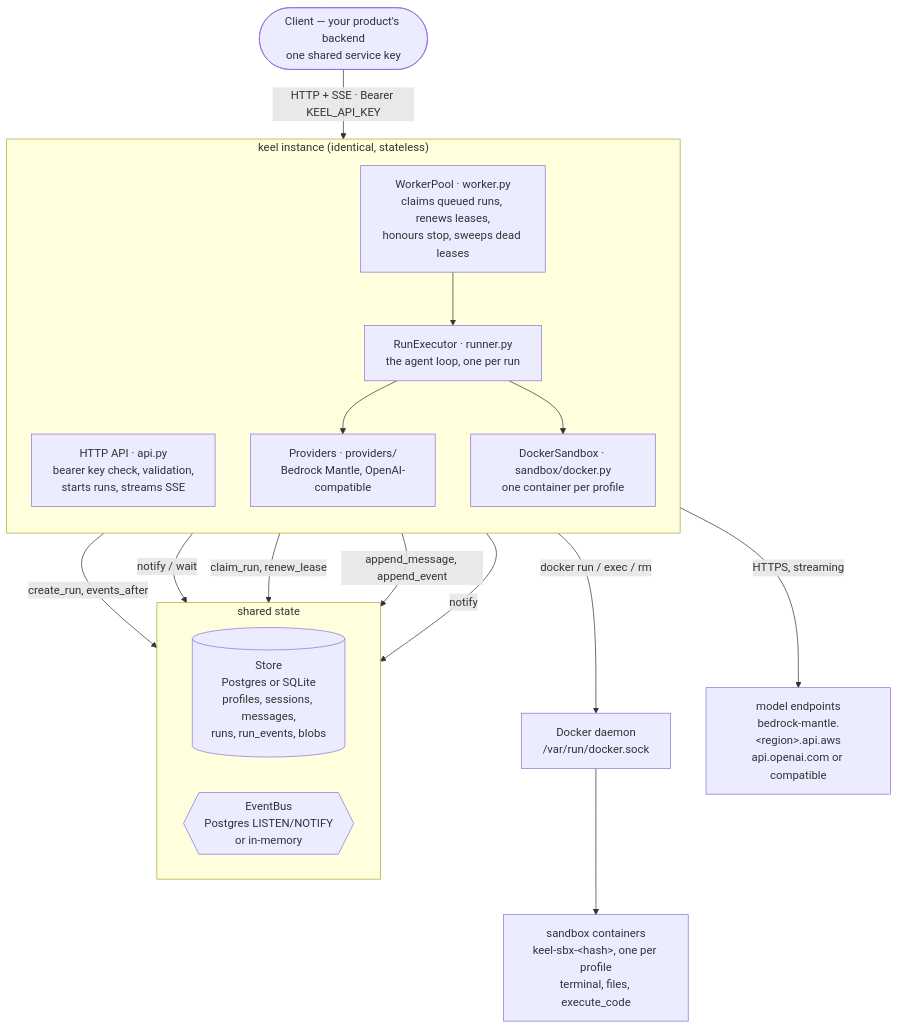
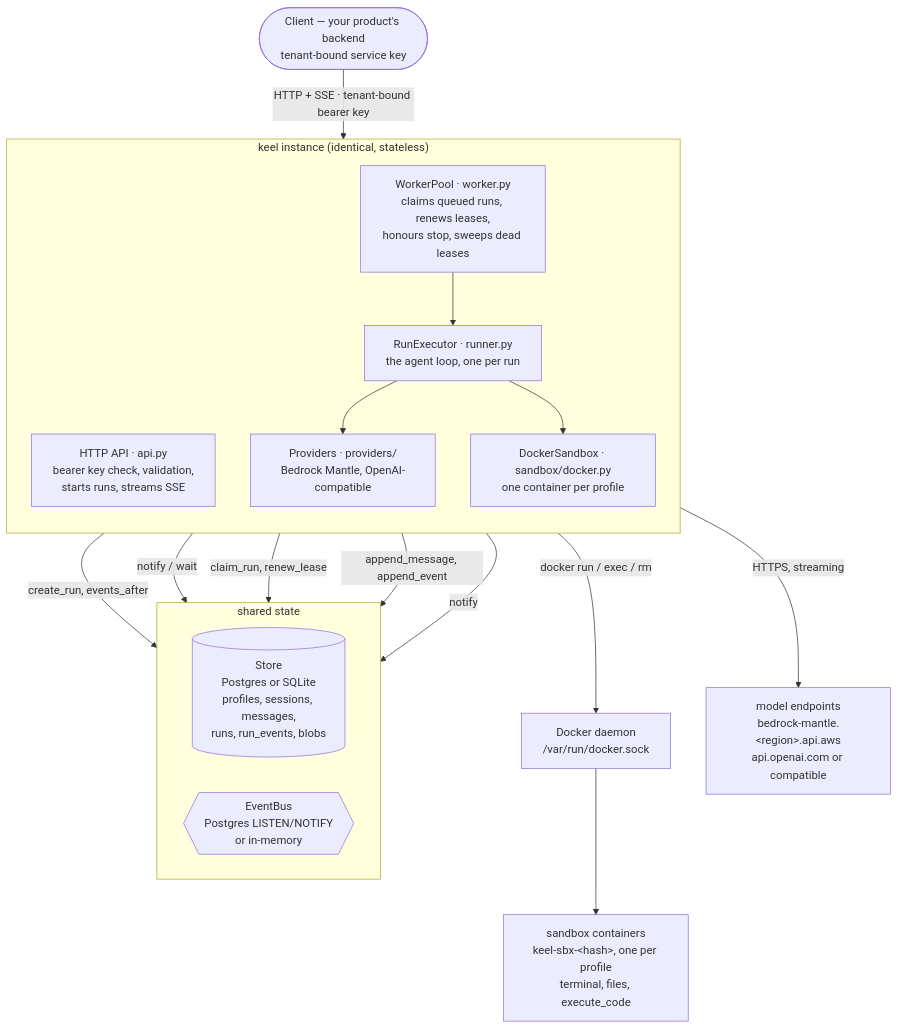
One commit to ryang420/agent-keel changed the first of 9 diagrams in docs/architecture.md. Above: the diagram before and after it, drawn with Mermaid. The commit also changed other lines of this file and 32 other files, not shown here.

````diff
--- a/docs/architecture.md
+++ b/docs/architecture.md
@@ -18,36 +18,36 @@
 ```mermaid
 flowchart TB
-    CL(["Client — your product's backend<br/>one shared service key"])
+    CL(["Client — your product's backend<br/>tenant-bound service key"])
 
     subgraph inst["keel instance (identical, stateless)"]
         direction TB
         API["HTTP API · api.py<br/>bearer key check, validation,<br/>starts runs, streams SSE"]
         WP["WorkerPool · worker.py<br/>claims queued runs, renews leases,<br/>honours stop, sweeps dead leases"]
         EX["RunExecutor · runner.py<br/>the agent loop, one per run"]
         SB["DockerSandbox · sandbox/docker.py<br/>one container per profile"]
         PR["Providers · providers/<br/>Bedrock Mantle, OpenAI-compatible"]
     end
 
     subgraph shared["shared state"]
         direction LR
         DB[("Store<br/>Postgres or SQLite<br/>profiles, sessions, messages,<br/>runs, run_events, blobs")]
         BUS{{"EventBus<br/>Postgres LISTEN/NOTIFY<br/>or in-memory"}}
     end
 
     DK["Docker daemon<br/>/var/run/docker.sock"]
     SBX["sandbox containers<br/>keel-sbx-&lt;hash&gt;, one per profile<br/>terminal, files, execute_code"]
     LLM["model endpoints<br/>bedrock-mantle.&lt;region&gt;.api.aws<br/>api.openai.com or compatible"]
 
-    CL -->|"HTTP + SSE · Bearer KEEL_API_KEY"| API
+    CL -->|"HTTP + SSE · tenant-bound bearer key"| API
     API -->|"create_run, events_after"| DB
     API -->|"notify / wait"| BUS
     WP -->|"claim_run, renew_lease"| DB
     WP --> EX
     EX -->|"append_message, append_event"| DB
     EX -->|"notify"| BUS
     EX --> PR
     EX --> SB
     PR -->|"HTTPS, streaming"| LLM
     SB -->|"docker run / exec / rm"| DK
     DK --> SBX
 ```
````
